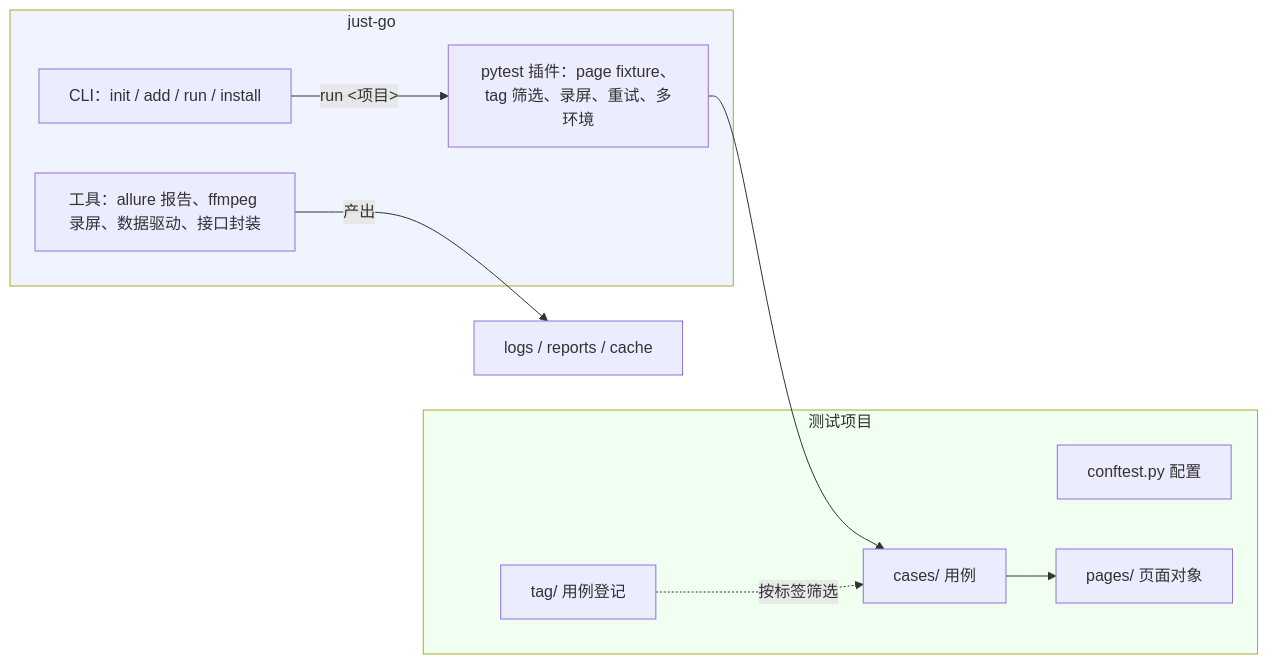
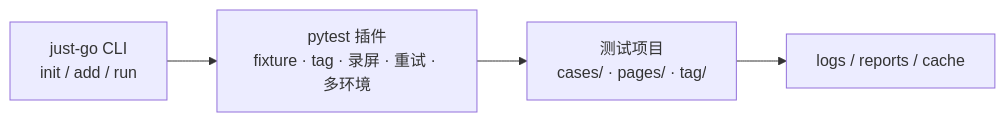
One commit to lu-xianseng/justgo changed the diagram in README.md. Above: the diagram before and after it, drawn with Mermaid. The commit also changed other lines of this file and 26 other files, not shown here.

````diff
--- a/README.md
+++ b/README.md
@@ -19,24 +27,6 @@
 ```mermaid
 flowchart LR
-    subgraph 框架层["just-go"]
-        CLI["CLI：init / add / run / install"]
-        PLUGIN["pytest 插件：page fixture、tag 筛选、录屏、重试、多环境"]
-        TOOLS["工具：allure 报告、ffmpeg 录屏、数据驱动、接口封装"]
-    end
-
-    subgraph 项目层["测试项目"]
-        CONF["conftest.py 配置"]
-        CASES["cases/ 用例"]
-        PAGES["pages/ 页面对象"]
-        TAG["tag/ 用例登记"]
-    end
-
-    CLI --> |"run <项目>"| PLUGIN
-    PLUGIN --> CASES
-    CASES --> PAGES
-    TOOLS --> |"产出"| REPORTS["logs / reports / cache"]
-    TAG -.-> |"按标签筛选"| CASES
-
-    style 框架层 fill:#f0f4ff
-    style 项目层 fill:#f0fff0
+    CLI["just-go CLI<br/>init / add / run"] --> PLUGIN["pytest 插件<br/>fixture · tag · 录屏 · 重试 · 多环境"]
+    PLUGIN --> CASES["测试项目<br/>cases/ · pages/ · tag/"]
+    CASES --> OUT["logs / reports / cache"]
 ```
````
